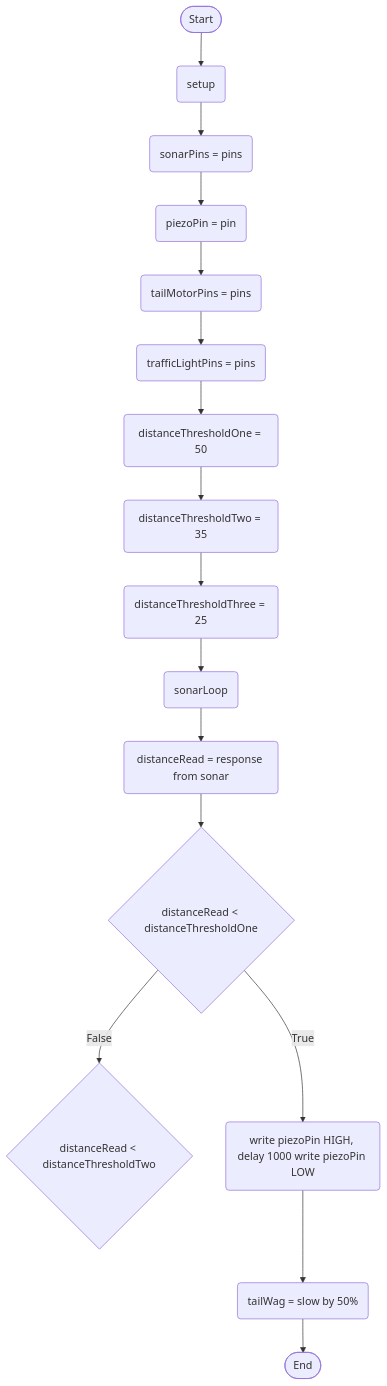
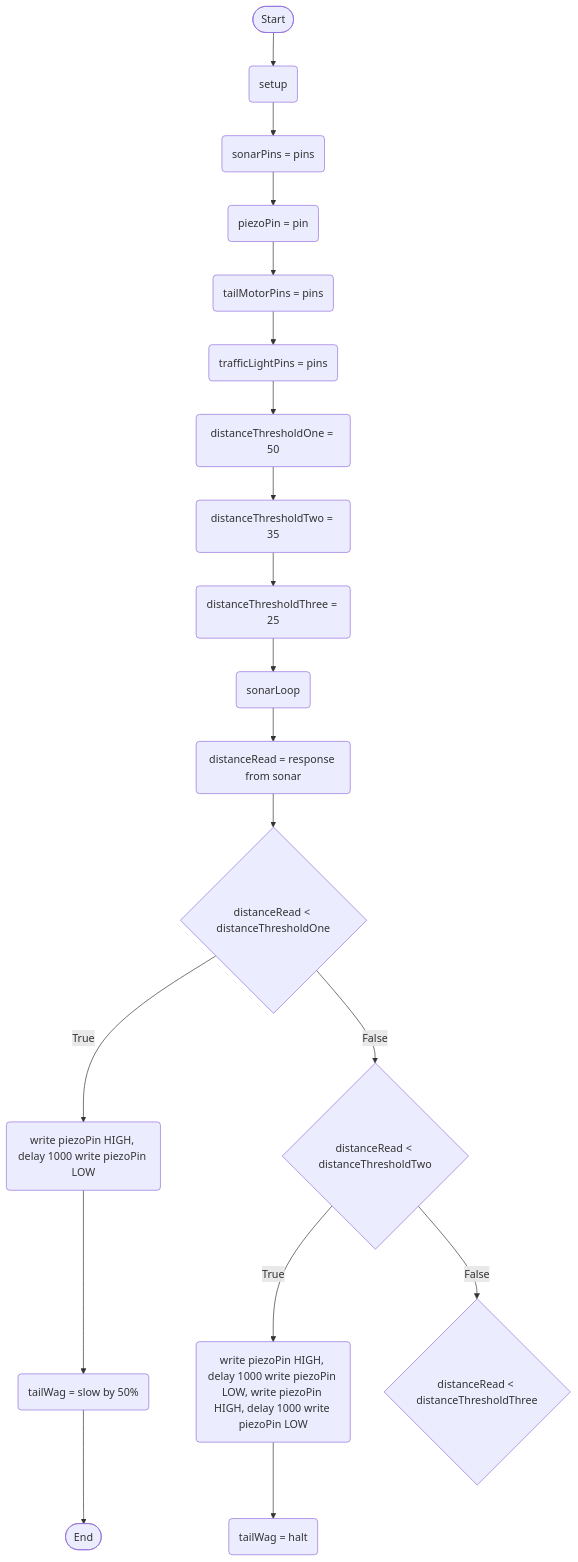
One commit to Deltace05/SmartDog changed the diagram in logic.md. Above: the diagram before and after it, drawn with Mermaid.

````diff
--- a/logic.md
+++ b/logic.md
@@ -1,36 +1,42 @@
 ```mermaid
 flowchart TD
 terminalStart([Start])
 terminalEnd([End])
 setupStart(setup)
 setSonarRead(sonarPins = pins)
 setPiezoPin(piezoPin = pin)
 setTail(tailMotorPins = pins)
 setLight(trafficLightPins = pins)
 thresholdSetOne(distanceThresholdOne = 50)
 thresholdSetTwo(distanceThresholdTwo = 35)
 thresholdSetThree(distanceThresholdThree = 25)
 currentDistanceReading(distanceRead = response from sonar)
 ifDistanceLessThanThresholdOne{distanceRead < distanceThresholdOne}
 ifDistanceLessThanThresholdTwo{distanceRead < distanceThresholdTwo}
+ifDistanceLessThanThresholdThree{distanceRead < distanceThresholdThree}
 piezoOneBuzz(write piezoPin HIGH, delay 1000 write piezoPin LOW)
+piezoTwoBuzz(write piezoPin HIGH, delay 1000 write piezoPin LOW, write piezoPin HIGH, delay 1000 write piezoPin LOW)
 tailSlow(tailWag = slow by 50%)
+tailStop(tailWag = halt)
 sonarStart(sonarLoop)
 
 terminalStart --> setupStart
 setupStart --> setSonarRead
 setSonarRead --> setPiezoPin
 setPiezoPin --> setTail
 setTail --> setLight
 setLight --> thresholdSetOne
 thresholdSetOne --> thresholdSetTwo
 thresholdSetTwo --> thresholdSetThree
 thresholdSetThree --> sonarStart
 
 sonarStart --> currentDistanceReading
 currentDistanceReading --> ifDistanceLessThanThresholdOne
 ifDistanceLessThanThresholdOne --> |True| piezoOneBuzz
 piezoOneBuzz --> tailSlow
 tailSlow --> terminalEnd
 ifDistanceLessThanThresholdOne --> |False| ifDistanceLessThanThresholdTwo
+ifDistanceLessThanThresholdTwo --> |True| piezoTwoBuzz
+piezoTwoBuzz --> tailStop
+ifDistanceLessThanThresholdTwo --> |False| ifDistanceLessThanThresholdThree
 ```
````
